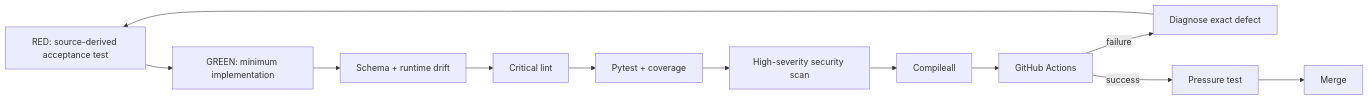
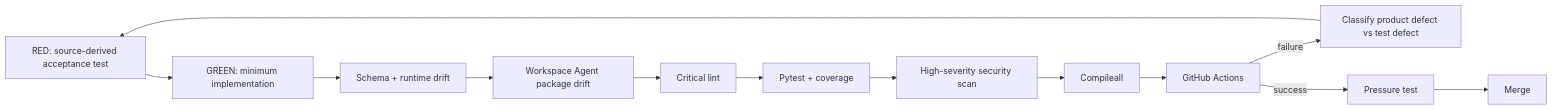
Before and after one commit to mkleinbe/mesh-ai-agent-cos-universe: the diagram in docs/testing-evaluation.md, drawn with Mermaid. The commit also changed other lines of this file, not shown here.

Commit message:
docs: document Workspace Agent TDD and package gates

````diff
--- a/docs/testing-evaluation.md
+++ b/docs/testing-evaluation.md
@@ -7,14 +7,15 @@
 ```mermaid
 flowchart LR
     R[RED: source-derived acceptance test] --> G[GREEN: minimum implementation]
     G --> SC[Schema + runtime drift]
-    SC --> L[Critical lint]
+    SC --> WP[Workspace Agent package drift]
+    WP --> L[Critical lint]
     L --> P[Pytest + coverage]
     P --> S[High-severity security scan]
     S --> C[Compileall]
     C --> CI[GitHub Actions]
-    CI -->|failure| FIX[Diagnose exact defect]
+    CI -->|failure| FIX[Classify product defect vs test defect]
     FIX --> R
     CI -->|success| PRESS[Pressure test]
     PRESS --> M[Merge]
 ```
````
